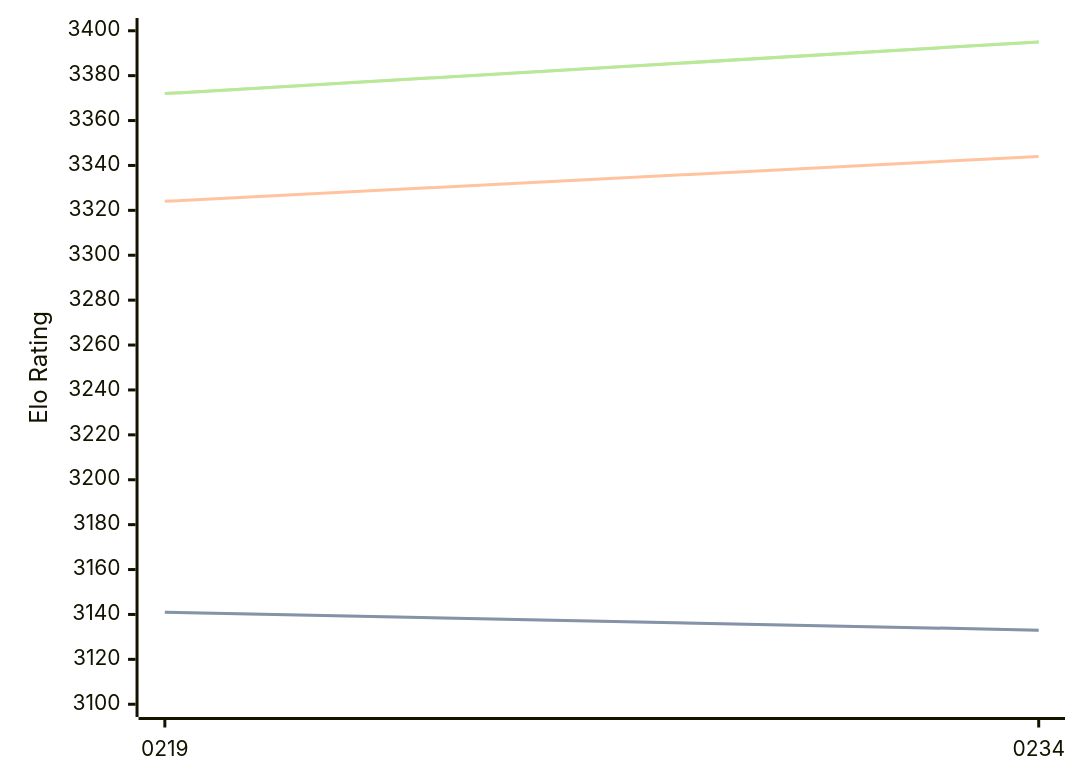
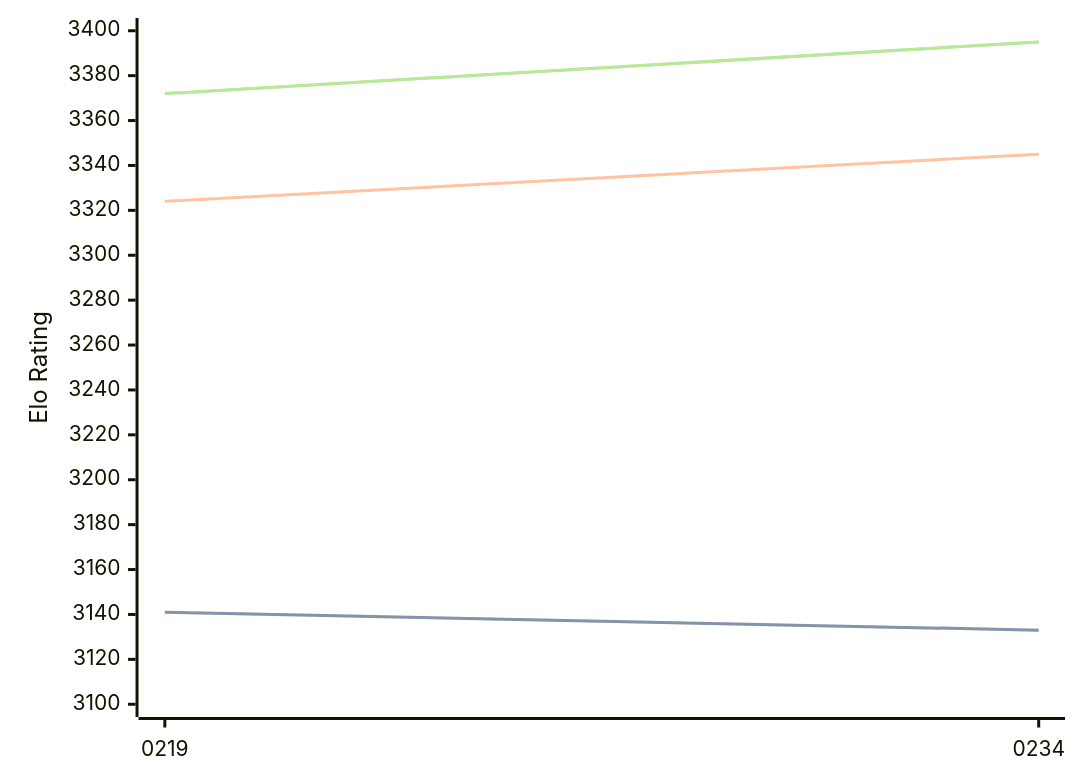
The diagram in engines/Ynode.md (computer-chess-index/cci), drawn with Mermaid before and after one commit. The commit also changed other lines of this file, not shown here.

````diff
--- a/engines/Ynode.md
+++ b/engines/Ynode.md
@@ -32,11 +32,11 @@
 ```mermaid
 %%{init: {"theme":"base","themeVariables":{"seriesColors:['#a3a3a3','#222221','#faa371']}}}%%
 xychart-beta
   x-axis ["0219", "0234"]
   y-axis "Elo Rating" 3100 --> 3400
   line "" [3141, 3133]
   line "STC (8.0+0.08s)" [3141, 3133]
-  line "LTC (60.0+0.60s)" [3324, 3344]
+  line "LTC (60.0+0.60s)" [3324, 3345]
   line "" [3372, 3395]
   line "VLTC (2m24s+1.12s)" [3372, 3395]
 ```
````
